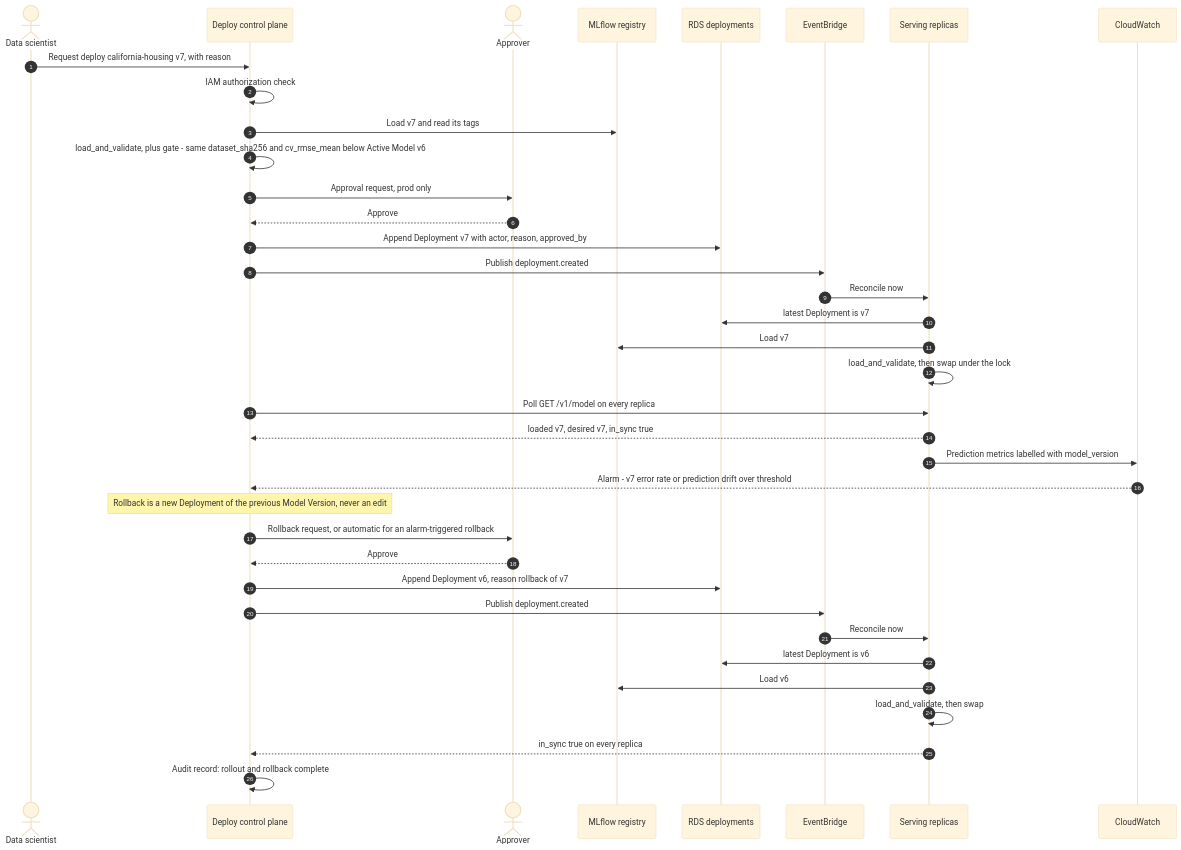
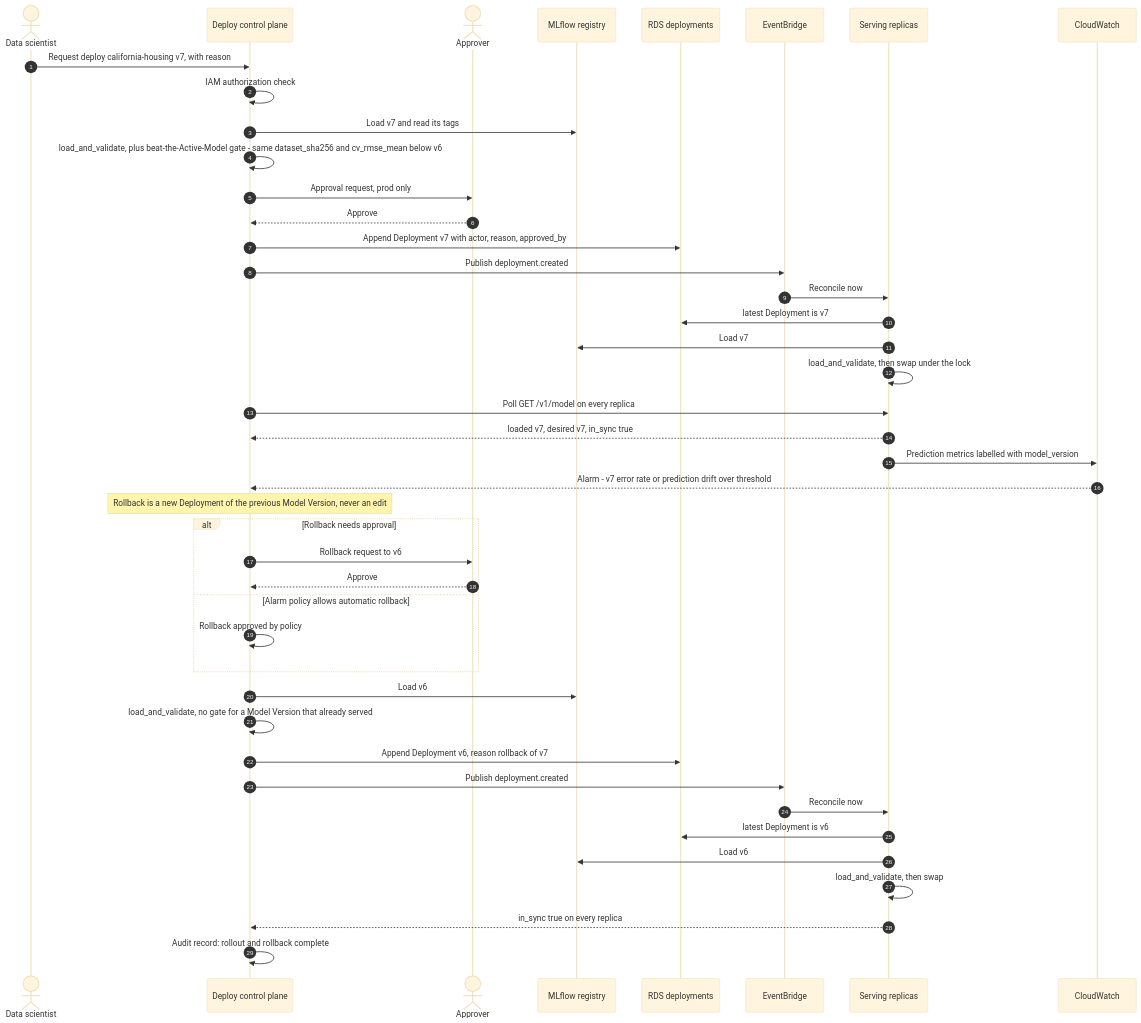
Before and after one commit to spagnoloe/ml-experimentation-platform: the second of 2 diagrams in docs/architecture-production.md, drawn with Mermaid (base theme). The commit also changed other lines of this file, not shown here.

First line of the commit message:
refactor: Apply review fixes for the AWS production architecture

````diff
--- a/docs/architecture-production.md
+++ b/docs/architecture-production.md
@@ -88,40 +90,46 @@
 ```mermaid
 sequenceDiagram
   autonumber
   actor DS as Data scientist
   participant CP as Deploy control plane
   actor AP as Approver
   participant MLF as MLflow registry
   participant DB as RDS deployments
   participant EB as EventBridge
   participant R as Serving replicas
   participant CW as CloudWatch
 
   DS->>CP: Request deploy california-housing v7, with reason
   CP->>CP: IAM authorization check
   CP->>MLF: Load v7 and read its tags
-  CP->>CP: load_and_validate, plus gate - same dataset_sha256 and cv_rmse_mean below Active Model v6
+  CP->>CP: load_and_validate, plus beat-the-Active-Model gate - same dataset_sha256 and cv_rmse_mean below v6
   CP->>AP: Approval request, prod only
   AP-->>CP: Approve
   CP->>DB: Append Deployment v7 with actor, reason, approved_by
   CP->>EB: Publish deployment.created
   EB->>R: Reconcile now
   R->>DB: latest Deployment is v7
   R->>MLF: Load v7
   R->>R: load_and_validate, then swap under the lock
   CP->>R: Poll GET /v1/model on every replica
   R-->>CP: loaded v7, desired v7, in_sync true
   R->>CW: Prediction metrics labelled with model_version
   CW-->>CP: Alarm - v7 error rate or prediction drift over threshold
   Note over CP: Rollback is a new Deployment of the previous Model Version, never an edit
-  CP->>AP: Rollback request, or automatic for an alarm-triggered rollback
-  AP-->>CP: Approve
+  alt Rollback needs approval
+    CP->>AP: Rollback request to v6
+    AP-->>CP: Approve
+  else Alarm policy allows automatic rollback
+    CP->>CP: Rollback approved by policy
+  end
+  CP->>MLF: Load v6
+  CP->>CP: load_and_validate, no gate for a Model Version that already served
   CP->>DB: Append Deployment v6, reason rollback of v7
   CP->>EB: Publish deployment.created
   EB->>R: Reconcile now
   R->>DB: latest Deployment is v6
   R->>MLF: Load v6
   R->>R: load_and_validate, then swap
   R-->>CP: in_sync true on every replica
   CP->>CP: Audit record: rollout and rollback complete
 ```
````
